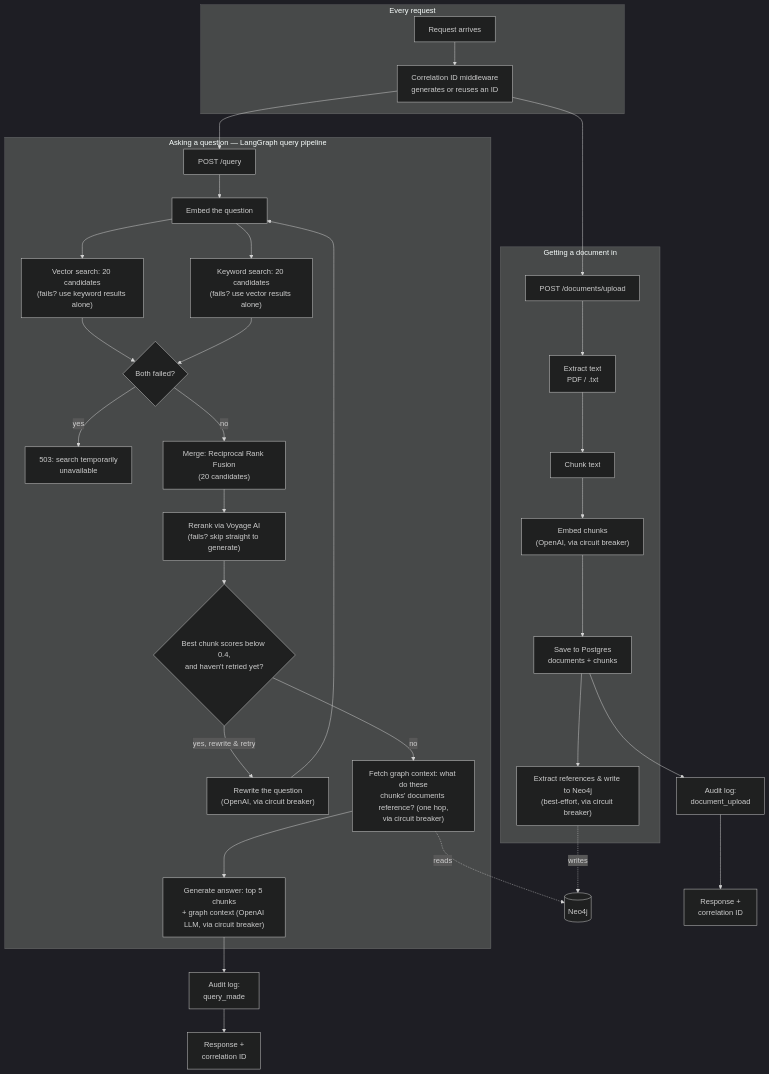
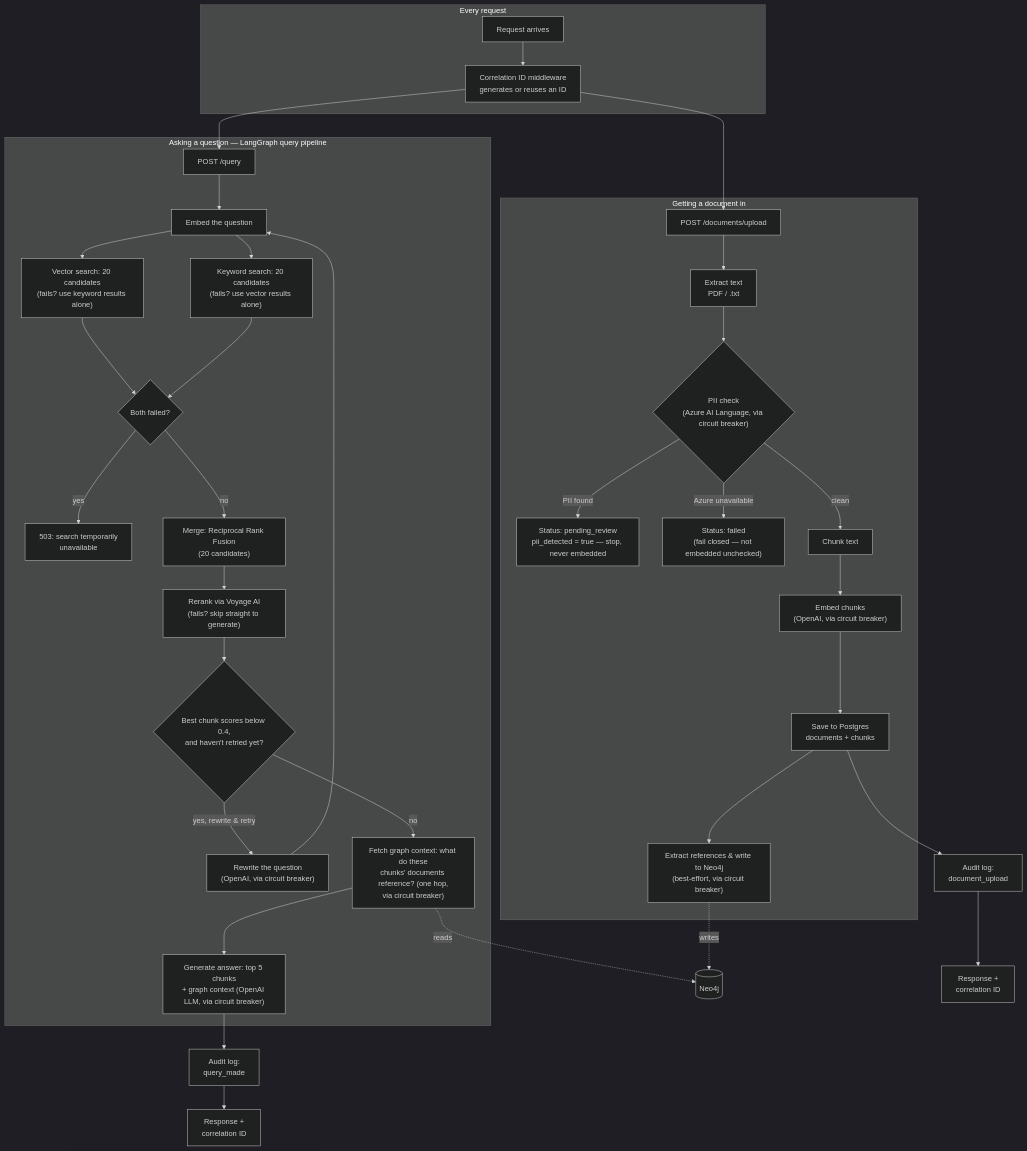
The first of 5 diagrams in knowledge-brain/docs/ARCHITECTURE.md (NavdeepTU/genai_projects), drawn with Mermaid (dark theme) before and after one commit. The commit also changed other lines of this file and 14 other files, not shown here.

````diff
--- a/knowledge-brain/docs/ARCHITECTURE.md
+++ b/knowledge-brain/docs/ARCHITECTURE.md
@@ -25,42 +25,45 @@
 ```mermaid
 flowchart TD
     subgraph mw["Every request"]
         REQ[Request arrives] --> CID[Correlation ID middleware<br/>generates or reuses an ID]
     end
 
     CID --> UP[POST /documents/upload]
     CID --> Q[POST /query]
 
     subgraph ingest["Getting a document in"]
         UP --> EXTRACT[Extract text<br/>PDF / .txt]
-        EXTRACT --> CHUNK[Chunk text]
+        EXTRACT --> PIICHECK{"PII check<br/>(Azure AI Language, via circuit breaker)"}
+        PIICHECK -->|PII found| FLAG["Status: pending_review<br/>pii_detected = true — stop, never embedded"]
+        PIICHECK -->|Azure unavailable| FAILCLOSED["Status: failed<br/>(fail closed — not embedded unchecked)"]
+        PIICHECK -->|clean| CHUNK[Chunk text]
         CHUNK --> EMBED["Embed chunks<br/>(OpenAI, via circuit breaker)"]
         EMBED --> SAVE[Save to Postgres<br/>documents + chunks]
         SAVE --> BUILDREFS["Extract references & write to Neo4j<br/>(best-effort, via circuit breaker)"]
     end
 
     subgraph retrieve["Asking a question — LangGraph query pipeline"]
         Q --> QEMBED[Embed the question]
         QEMBED --> VEC["Vector search: 20 candidates<br/>(fails? use keyword results alone)"]
         QEMBED --> KW["Keyword search: 20 candidates<br/>(fails? use vector results alone)"]
         VEC --> BOTH{Both failed?}
         KW --> BOTH
         BOTH -->|yes| ERR[503: search temporarily<br/>unavailable]
         BOTH -->|no| RRF["Merge: Reciprocal Rank Fusion<br/>(20 candidates)"]
         RRF --> RERANK["Rerank via Voyage AI<br/>(fails? skip straight to generate)"]
         RERANK --> CHECK{Best chunk scores below 0.4,<br/>and haven't retried yet?}
         CHECK -->|yes, rewrite & retry| REWRITE["Rewrite the question<br/>(OpenAI, via circuit breaker)"]
         REWRITE --> QEMBED
         CHECK -->|no| GRAPHCTX["Fetch graph context: what do these<br/>chunks' documents reference? (one hop,<br/>via circuit breaker)"]
         GRAPHCTX --> GEN["Generate answer: top 5 chunks<br/>+ graph context (OpenAI LLM, via circuit breaker)"]
     end
 
     BUILDREFS -.writes.-> NEO4J[(Neo4j)]
     GRAPHCTX -.reads.-> NEO4J
 
     SAVE --> AUDIT1[Audit log:<br/>document_upload]
     GEN --> AUDIT2[Audit log:<br/>query_made]
 
     AUDIT1 --> RESP1[Response +<br/>correlation ID]
     AUDIT2 --> RESP2[Response +<br/>correlation ID]
 ```
````
